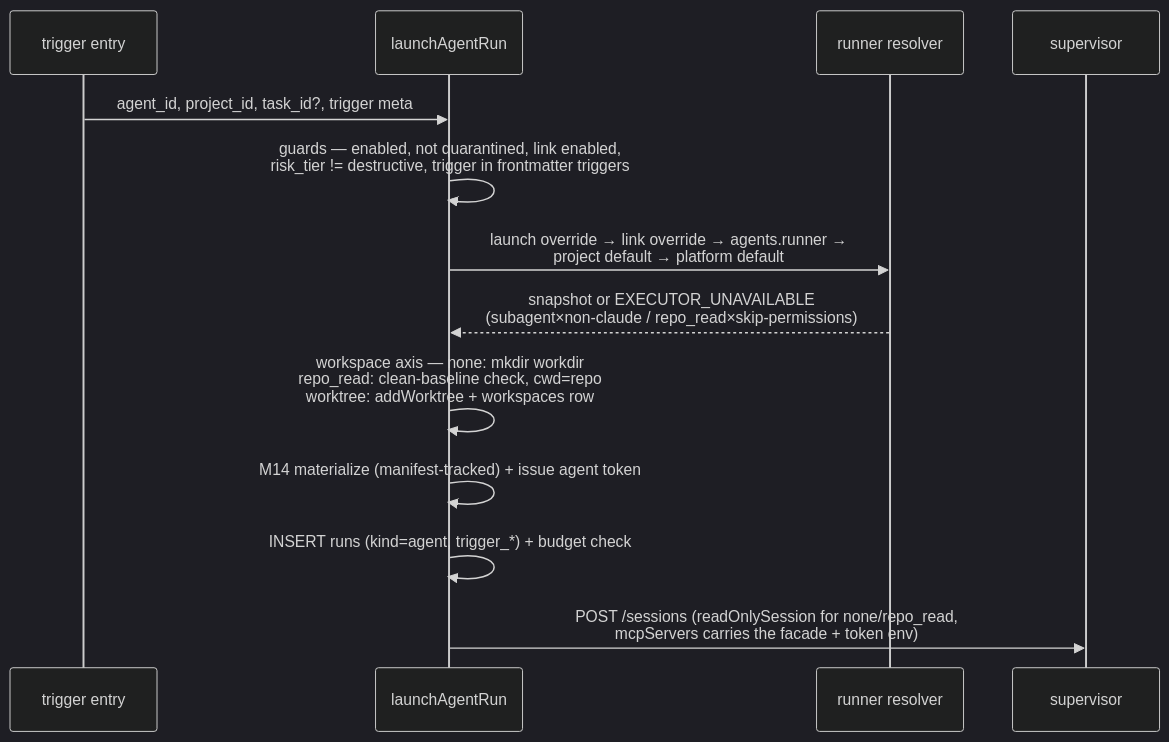
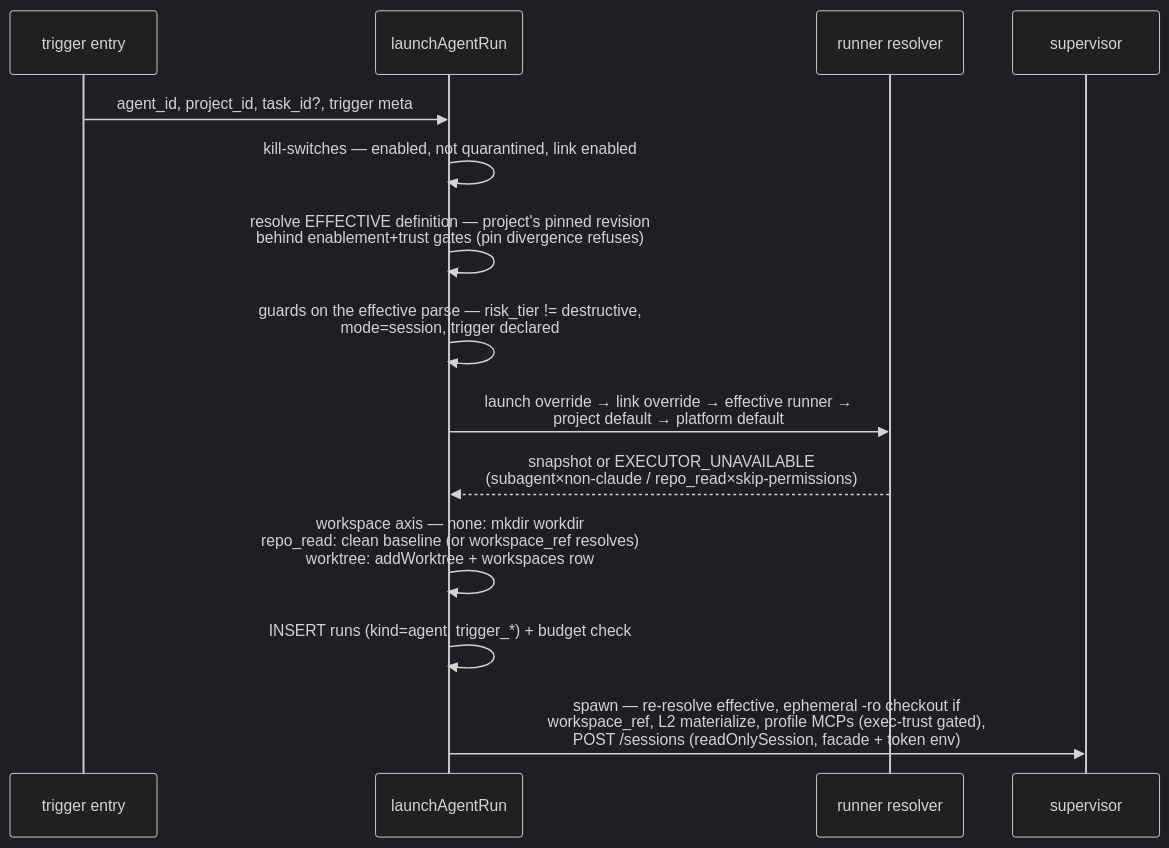
The third of 7 diagrams in docs/system-analytics/agents.md (maister-dev/maister), drawn with Mermaid (dark theme) before and after one commit. The commit also changed other lines of this file and 9 other files, not shown here.

First line of the commit message:
docs(agents): package-source rework close-out — ADR-089/090 amendments, contract resync, gates

````diff
--- a/docs/system-analytics/agents.md
+++ b/docs/system-analytics/agents.md
@@ -98,15 +108,16 @@
 ```mermaid
 sequenceDiagram
     participant E as trigger entry
     participant L as launchAgentRun
     participant R as runner resolver
     participant S as supervisor
     E->>L: agent_id, project_id, task_id?, trigger meta
-    L->>L: guards — enabled, not quarantined, link enabled,<br/>risk_tier != destructive, trigger in frontmatter triggers
-    L->>R: launch override → link override → agents.runner →<br/>project default → platform default
+    L->>L: kill-switches — enabled, not quarantined, link enabled
+    L->>L: resolve EFFECTIVE definition — project's pinned revision<br/>behind enablement+trust gates (pin divergence refuses)
+    L->>L: guards on the effective parse — risk_tier != destructive,<br/>mode=session, trigger declared
+    L->>R: launch override → link override → effective runner →<br/>project default → platform default
     R-->>L: snapshot or EXECUTOR_UNAVAILABLE<br/>(subagent×non-claude / repo_read×skip-permissions)
-    L->>L: workspace axis — none: mkdir workdir<br/>repo_read: clean-baseline check, cwd=repo<br/>worktree: addWorktree + workspaces row
-    L->>L: M14 materialize (manifest-tracked) + issue agent token
+    L->>L: workspace axis — none: mkdir workdir<br/>repo_read: clean baseline (or workspace_ref resolves)<br/>worktree: addWorktree + workspaces row
     L->>L: INSERT runs (kind=agent, trigger_*) + budget check
-    L->>S: POST /sessions (readOnlySession for none/repo_read,<br/>mcpServers carries the facade + token env)
+    L->>S: spawn — re-resolve effective, ephemeral -ro checkout if<br/>workspace_ref, L2 materialize, profile MCPs (exec-trust gated),<br/>POST /sessions (readOnlySession, facade + token env)
 ```
````
